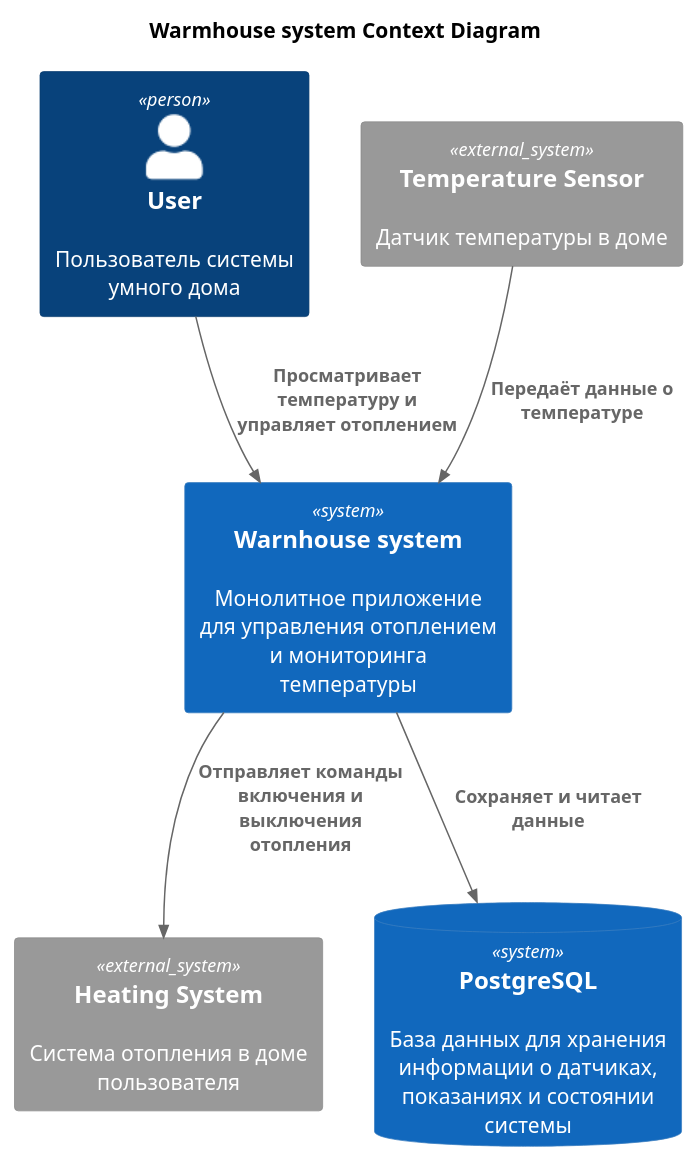
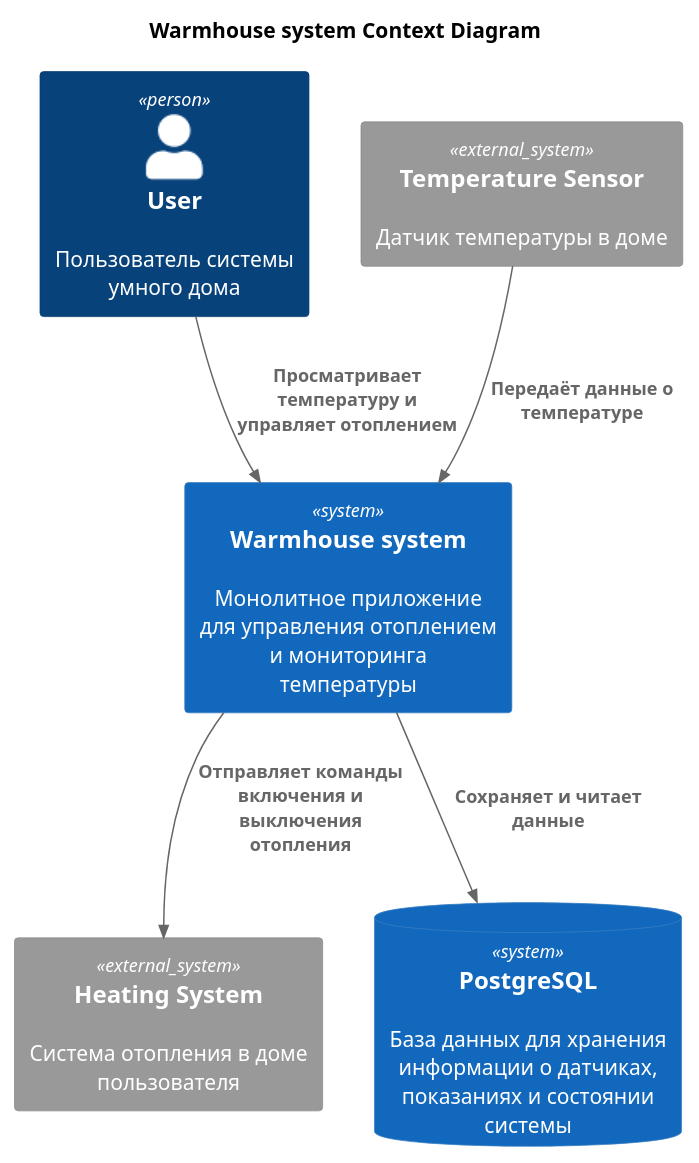
One commit to miko-practicum/warm-house-sprint-1 changed the diagram in diagrams/context.puml. Above: the diagram before and after it, drawn with PlantUML. The commit also changed 11 other files, not shown here.

Commit message:
task2: c4 diagrams for warmhouse microservices + updated readme

```diff
--- a/diagrams/context.puml
+++ b/diagrams/context.puml
@@ -1,21 +1,21 @@
 @startuml
 title Warmhouse system Context Diagram
 
 top to bottom direction
 
-!includeurl https://raw.githubusercontent.com/RicardoNiepel/C4-PlantUML/master/C4_Component.puml
+!includeurl https://raw.githubusercontent.com/RicardoNiepel/C4-PlantUML/master/C4_Context.puml
 
 Person(user, "User", "Пользователь системы умного дома")
-System(WarmhouseSystem, "Warnhouse system", "Монолитное приложение для управления отоплением и мониторинга температуры")
+System(WarmhouseSystem, "Warmhouse system", "Монолитное приложение для управления отоплением и мониторинга температуры")
 
 System_Ext(sensor, "Temperature Sensor", "Датчик температуры в доме")
 System_Ext(heating, "Heating System", "Система отопления в доме пользователя")
 
 SystemDb(postgres, "PostgreSQL", "База данных для хранения информации о датчиках, показаниях и состоянии системы")
 
 Rel(user, WarmhouseSystem, "Просматривает температуру и управляет отоплением")
 Rel(WarmhouseSystem, postgres, "Сохраняет и читает данные")
 Rel(sensor, WarmhouseSystem, "Передаёт данные о температуре")
 Rel(WarmhouseSystem, heating, "Отправляет команды включения и выключения отопления")
 
 @enduml
```
